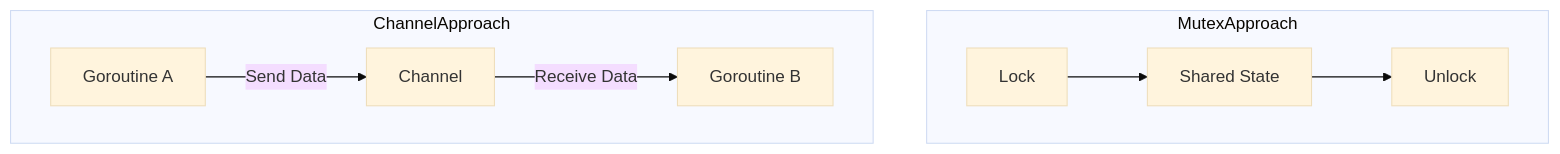
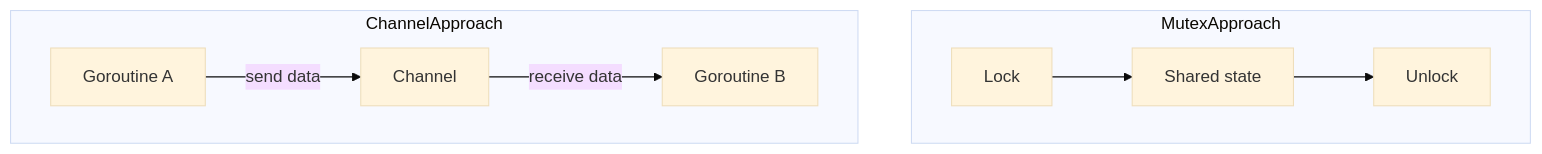
One commit to syahputrawork98-sketch/Golang-Knowledge-Base changed the diagram in RAK-04-core-mechanics/SR-01-design-philosophy/BK-04-concurrency-philosophy/CH-02_Don'tCommunicateBySharing/README.md. Above: the diagram before and after it, drawn with Mermaid (base theme). The commit also changed other lines of this file and 19 other files, not shown here.

Commit message:
add : SR-02-architecture-patterns

````diff
--- a/RAK-04-core-mechanics/SR-01-design-philosophy/BK-04-concurrency-philosophy/CH-02_Don'tCommunicateBySharing/README.md
+++ b/RAK-04-core-mechanics/SR-01-design-philosophy/BK-04-concurrency-philosophy/CH-02_Don'tCommunicateBySharing/README.md
@@ -22,10 +34,10 @@
 ```mermaid
 graph TD
     subgraph MutexApproach
-        M[Lock] --> S[Shared State] --> U[Unlock]
+        M[Lock] --> S[Shared state] --> U[Unlock]
     end
     subgraph ChannelApproach
-        G1[Goroutine A] -->|Send Data| CH[Channel]
-        CH -->|Receive Data| G2[Goroutine B]
+        G1[Goroutine A] -->|send data| CH[Channel]
+        CH -->|receive data| G2[Goroutine B]
     end
 ```
````
